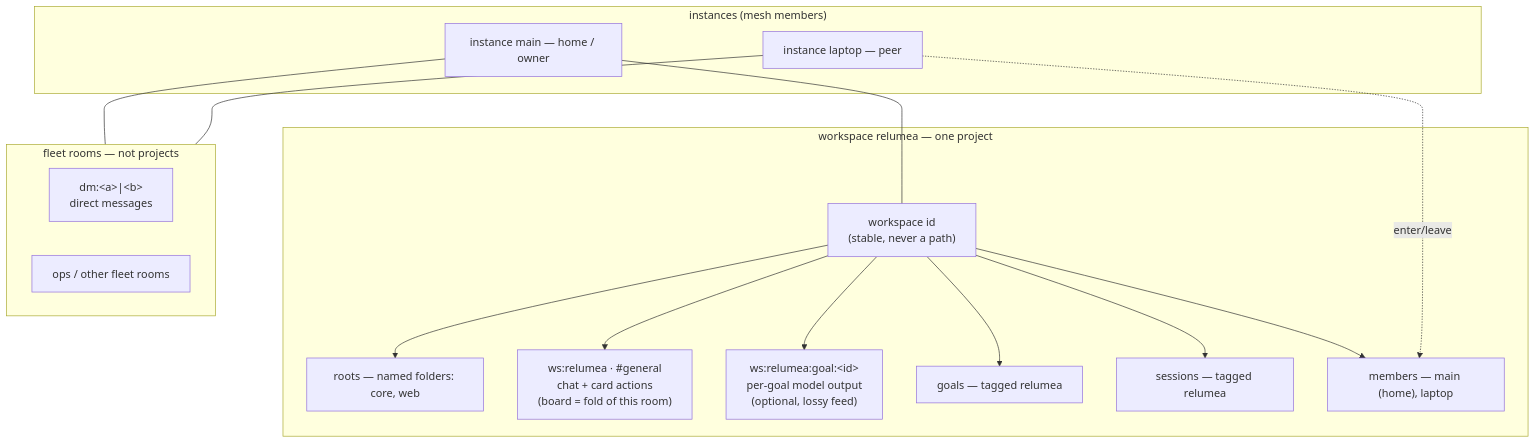
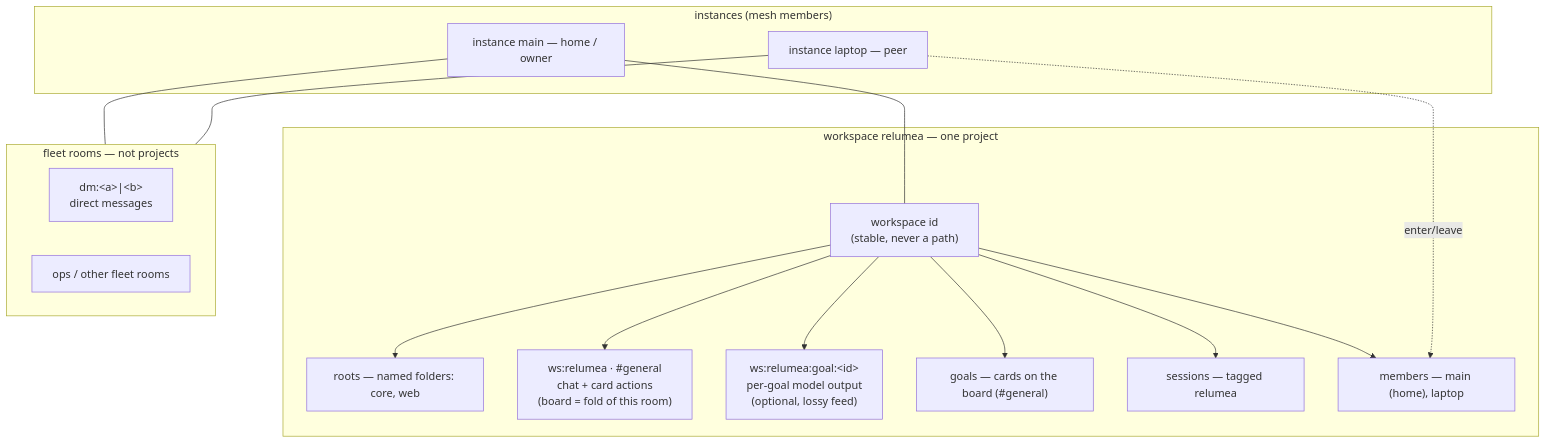
The second of 9 diagrams in docs/rfcs/0001-workspace-room-board-hierarchy.md (maci0/clanker), drawn with Mermaid before and after one commit. The commit also changed other lines of this file and 7 other files, not shown here.

````diff
--- a/docs/rfcs/0001-workspace-room-board-hierarchy.md
+++ b/docs/rfcs/0001-workspace-room-board-hierarchy.md
@@ -268,27 +272,27 @@
   ```mermaid
   flowchart TD
       subgraph Inst["instances (mesh members)"]
           Main["instance main — home / owner"]
           Laptop["instance laptop — peer"]
       end
 
       subgraph WS["workspace relumea — one project"]
           W["workspace id<br/>(stable, never a path)"]
           W --> Roots["roots — named folders: core, web"]
           W --> Gen["ws:relumea · #general<br/>chat + card actions<br/>(board = fold of this room)"]
           W --> GoalRoom["ws:relumea:goal:&lt;id&gt;<br/>per-goal model output<br/>(optional, lossy feed)"]
-          W --> Goals["goals — tagged relumea"]
+          W --> Goals["goals — cards on the board (#general)"]
           W --> Sessions["sessions — tagged relumea"]
           W --> Members["members — main (home), laptop"]
       end
 
       subgraph Fleet["fleet rooms — not projects"]
           DM["dm:&lt;a&gt;|&lt;b&gt;<br/>direct messages"]
           Ops["ops / other fleet rooms"]
       end
 
       Main --- W
       Laptop -.->|enter/leave| Members
       Main --- Fleet
       Laptop --- Fleet
   ```
````
